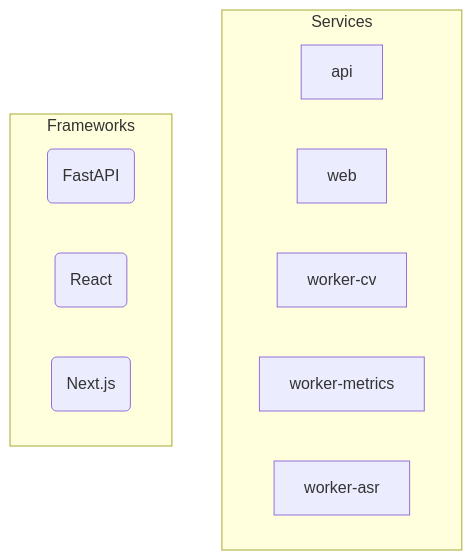
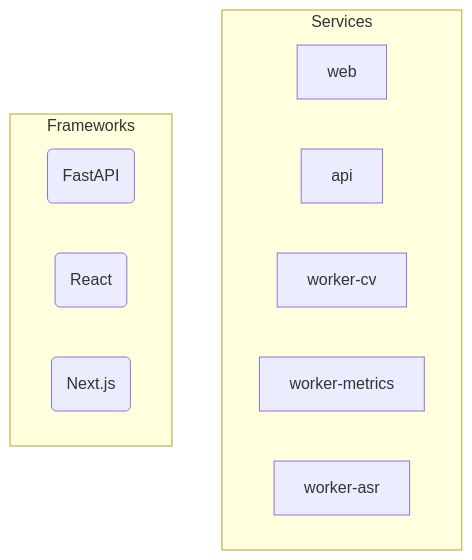
One commit to NITISH-R-G/PedagogyX changed the diagram in README.md. Above: the diagram before and after it, drawn with Mermaid. The commit also changed other lines of this file and 3 other files, not shown here.

Commit message:
docs: auto-generate repository documentation and diagrams [skip ci]

````diff
--- a/README.md
+++ b/README.md
@@ -38,22 +38,22 @@
 ```mermaid
 graph TD
     subgraph Services
+        web["web"]
+        click web href "services/web" "Go to web source"
         api["api"]
         click api href "services/api" "Go to api source"
-        web["web"]
-        click web href "services/web" "Go to web source"
         worker_cv["worker-cv"]
         click worker_cv href "services/worker-cv" "Go to worker-cv source"
         worker_metrics["worker-metrics"]
         click worker_metrics href "services/worker-metrics" "Go to worker-metrics source"
         worker_asr["worker-asr"]
         click worker_asr href "services/worker-asr" "Go to worker-asr source"
     end
 
     subgraph Frameworks
         FastAPI(FastAPI)
         React(React)
         Next_js(Next.js)
     end
 
 ```
````
